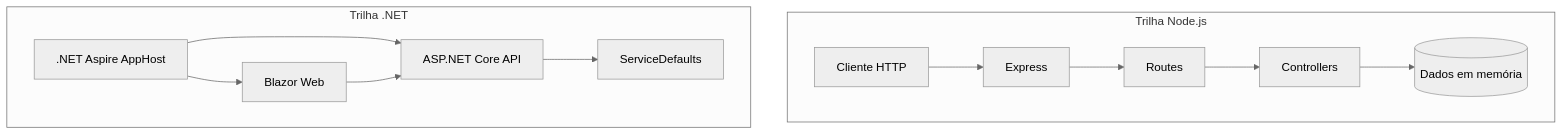
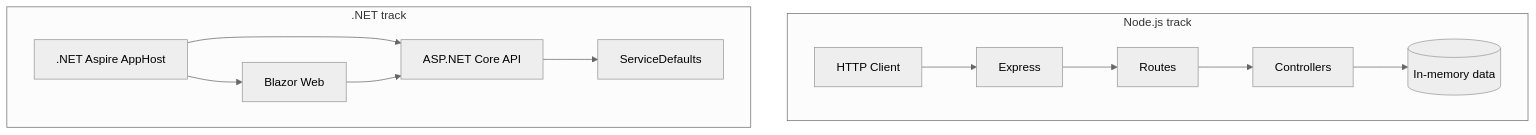
Before and after one commit to RMBarros-Dev/Api-Connect: the diagram in README.md, drawn with Mermaid (neutral theme). The commit also changed other lines of this file, not shown here.

````diff
--- a/README.md
+++ b/README.md
@@ -78,15 +80,15 @@
 ```mermaid
 flowchart TB
-  subgraph Node["Trilha Node.js"]
-    Client[Cliente HTTP] --> Express[Express]
+  subgraph NodeTrack["Node.js track"]
+    Client[HTTP Client] --> Express[Express]
     Express --> Routes[Routes]
     Routes --> Controllers[Controllers]
-    Controllers --> Memory[(Dados em memória)]
+    Controllers --> Memory[(In-memory data)]
   end
-  subgraph DotNet["Trilha .NET"]
+  subgraph DotNetTrack[".NET track"]
     Host[.NET Aspire AppHost] --> API[ASP.NET Core API]
     Host --> Web[Blazor Web]
     Web --> API
     API --> Defaults[ServiceDefaults]
   end
 ```
````
